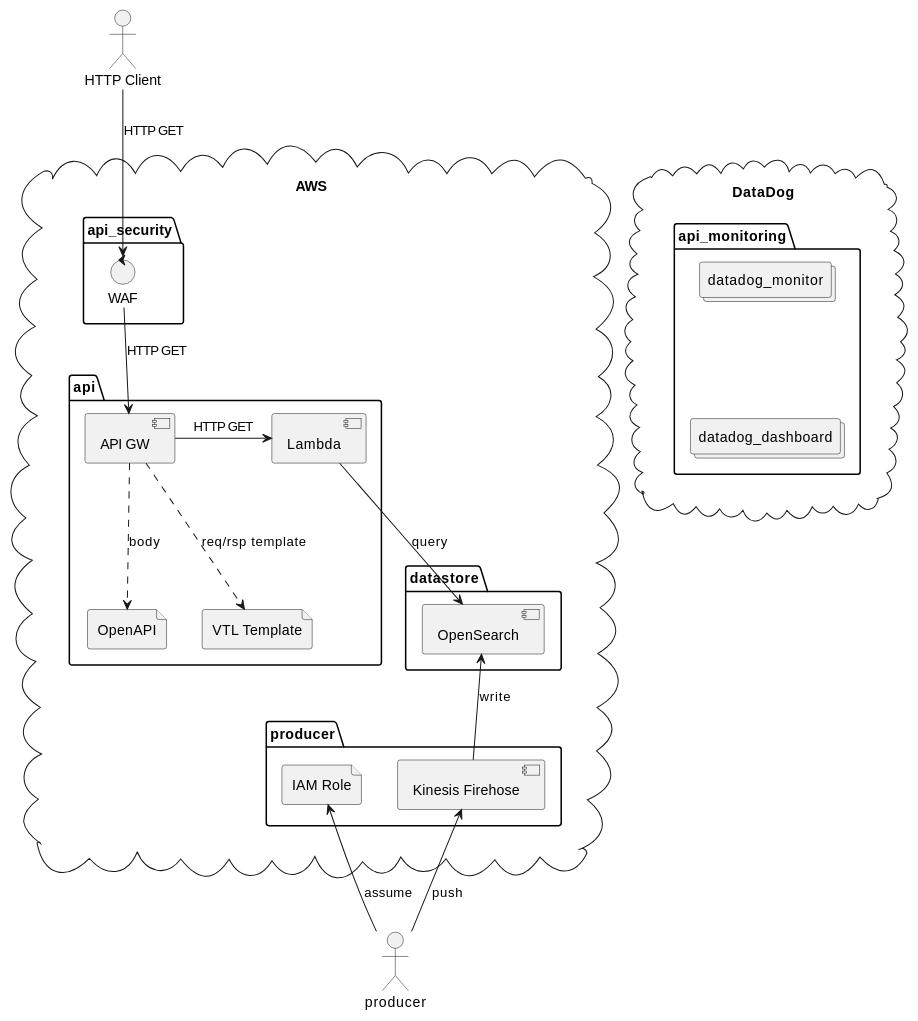
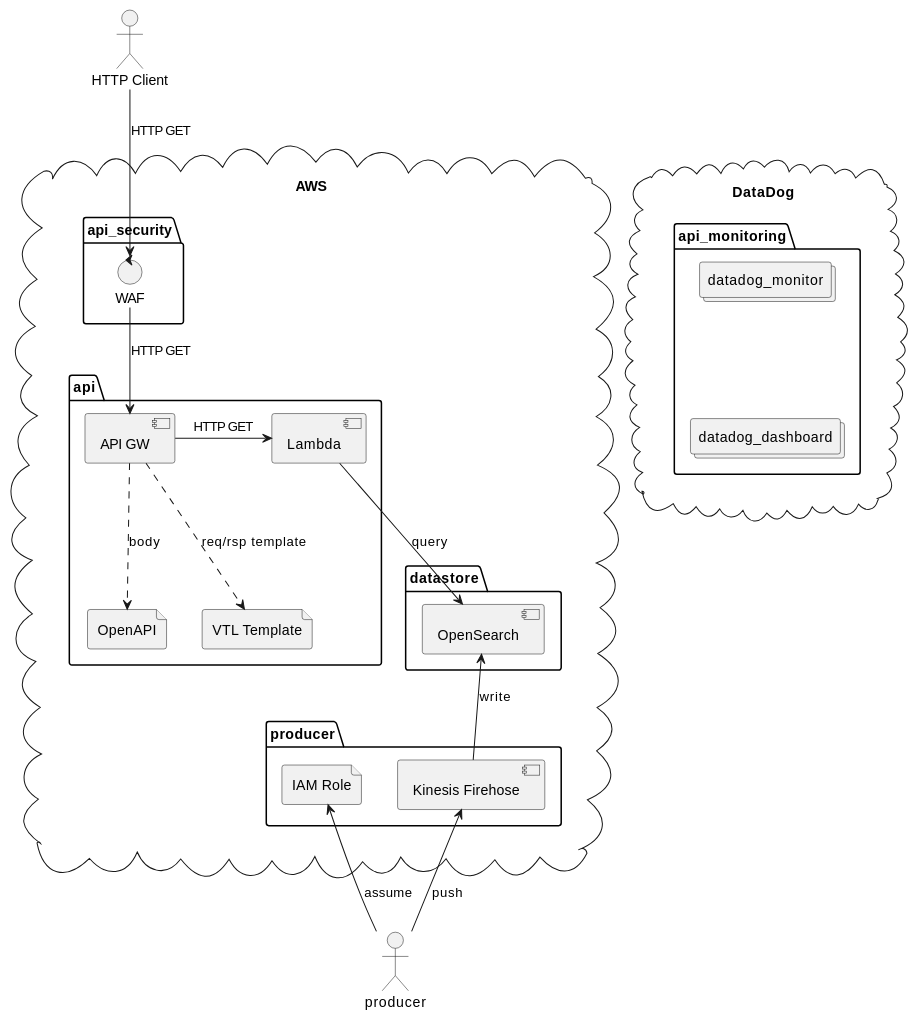
Before and after one commit to hrosa/tf-examples: the diagram in accounting-service/README.md, drawn with PlantUML. The commit also changed 5 other files, not shown here.

````diff
--- a/accounting-service/README.md
+++ b/accounting-service/README.md
@@ -7,57 +7,54 @@
 ```plantuml
 @startuml
 
 
 
 cloud "AWS" as cloud_aws {
     package "producer" as pkg_prod {
      component "Kinesis Firehose" as firehose_api
      file "IAM Role" as producer_iam
     }
     
     package "datastore" as pkg_db {
      component "OpenSearch" as db
     }
     
     package "api" as pkg_api {
      component "API GW" as api
      component "Lambda" as lambda_query 
      file "OpenAPI" as openapi
      file "VTL Template" as vtl
      
      api -> lambda_query : HTTP GET
      api ..> openapi : body
      api ..> vtl : req/rsp template
     }
     
     package "api_security" as pkg_api_sec {
      control "WAF"as api_waf
     }
 }
 
 cloud "DataDog" as cloud_dd {
     package "api_monitoring" as pkg_api_mon {
      collections "datadog_monitor" as dd_monitor
      collections "datadog_dashboard" as dd_dash
      dd_monitor -[hidden]- dd_dash
     }
 }
 
-cloud_dd -[hidden]left- cloud_aws
-
-api -[hidden]left- api_waf
-
+cloud_dd -[hidden]right- cloud_aws
 
 actor producer
 producer -up-> firehose_api : push
 producer -up-> producer_iam : assume
 
 firehose_api -up-> db : write
 
 lambda_query --> db : query
 
 actor "HTTP Client" as client_http
 client_http --> api_waf  : HTTP GET
 api_waf --> api  : HTTP GET
 @enduml
 ```
````
